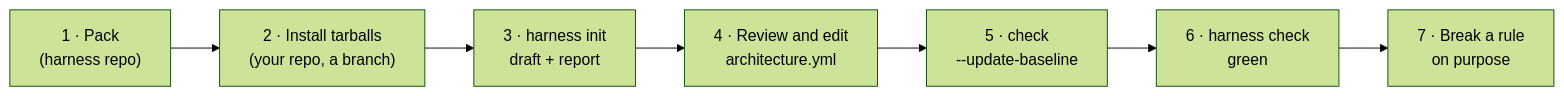
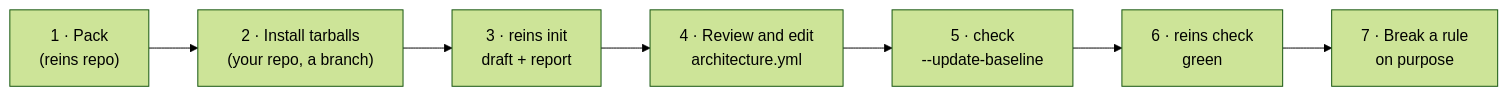
One commit to fredarcito/reins changed the diagram in docs/try-it.md. Above: the diagram before and after it, drawn with Mermaid (forest theme). The commit also changed other lines of this file and 186 other files, not shown here.

````diff
--- a/docs/try-it.md
+++ b/docs/try-it.md
@@ -5,9 +5,9 @@
 ```mermaid
 flowchart LR
-    a["1 · Pack<br/>(harness repo)"] --> b["2 · Install tarballs<br/>(your repo, a branch)"]
-    b --> c["3 · harness init<br/>draft + report"]
+    a["1 · Pack<br/>(reins repo)"] --> b["2 · Install tarballs<br/>(your repo, a branch)"]
+    b --> c["3 · reins init<br/>draft + report"]
     c --> d["4 · Review and edit<br/>architecture.yml"]
     d --> e["5 · check<br/>--update-baseline"]
-    e --> f["6 · harness check<br/>green"]
+    e --> f["6 · reins check<br/>green"]
     f --> g["7 · Break a rule<br/>on purpose"]
 ```
````
